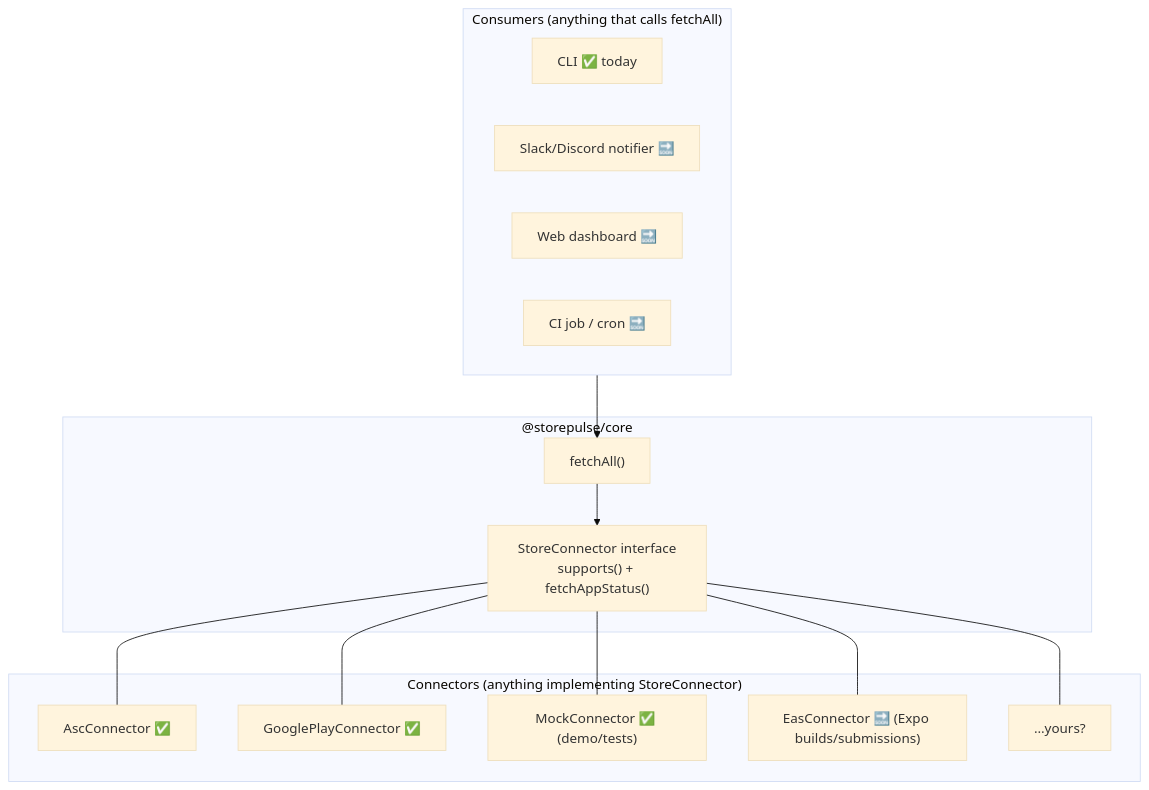
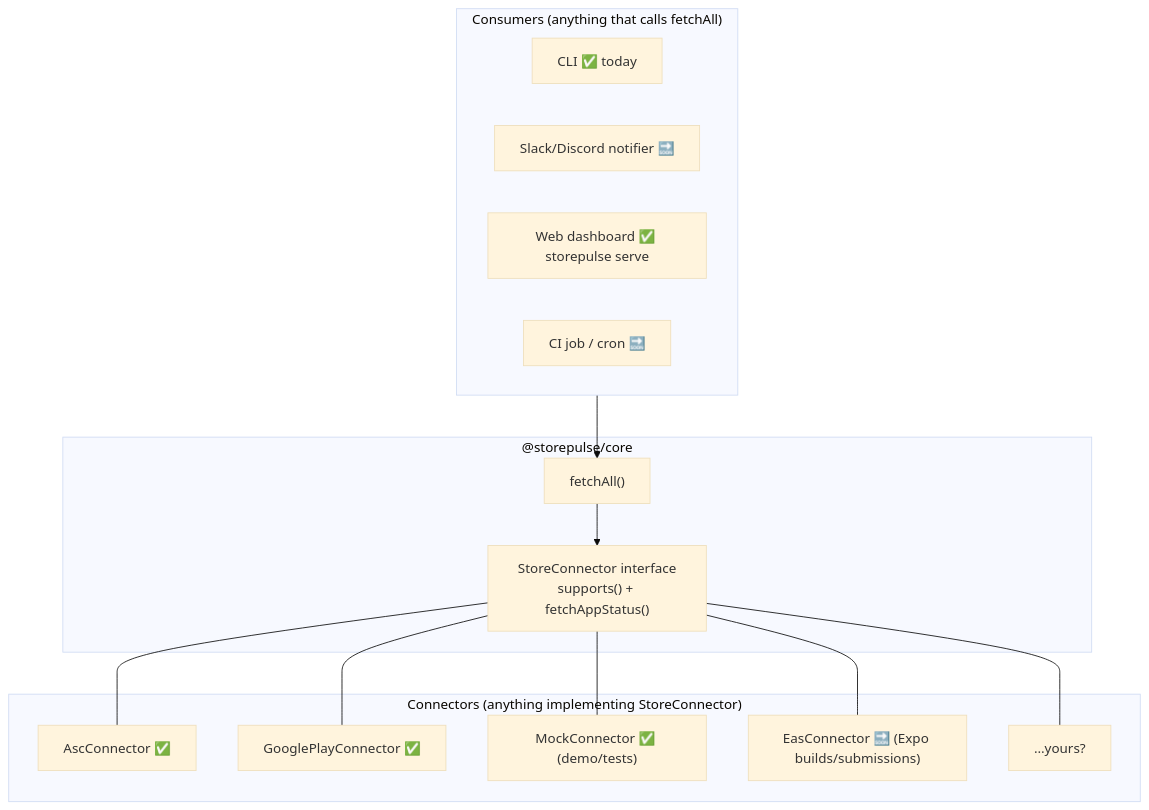
One commit to dioKR/storepulse changed the fourth of 4 diagrams in wiki/Architecture.md. Above: the diagram before and after it, drawn with Mermaid (base theme). The commit also changed other lines of this file and 17 other files, not shown here.

````diff
--- a/wiki/Architecture.md
+++ b/wiki/Architecture.md
@@ -118,23 +118,23 @@
 ```mermaid
 flowchart TB
     subgraph consumers["Consumers (anything that calls fetchAll)"]
         CLIC["CLI ✅ today"]
         NOTIF["Slack/Discord notifier 🔜"]
-        WEB["Web dashboard 🔜"]
+        WEB["Web dashboard ✅ storepulse serve"]
         CI["CI job / cron 🔜"]
     end
     subgraph core["@storepulse/core"]
         FA["fetchAll()"]
         SC["StoreConnector interface<br/>supports() + fetchAppStatus()"]
     end
     subgraph connectors["Connectors (anything implementing StoreConnector)"]
         A["AscConnector ✅"]
         G["GooglePlayConnector ✅"]
         M["MockConnector ✅ (demo/tests)"]
         E["EasConnector 🔜 (Expo builds/submissions)"]
         X["…yours?"]
     end
     consumers --> FA
     FA --> SC
     SC --- A & G & M & E & X
 ```
````
